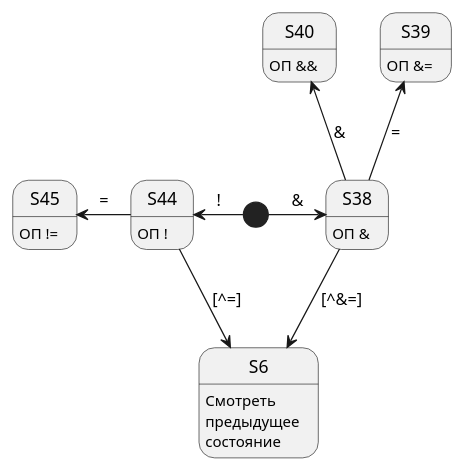
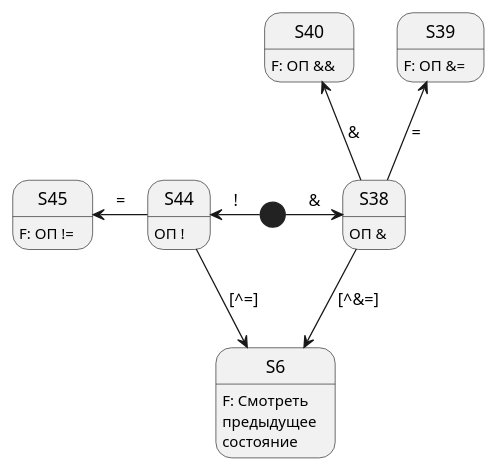
One commit to vladimirlll/CSharpLexicalAnalyzer changed the diagram in Диаграмма состояния для ЛА/sd5.puml. Above: the diagram before and after it, drawn with PlantUML. The commit also changed 16 other files, not shown here.

```diff
--- a/Диаграмма состояния для ЛА/sd5.puml
+++ b/Диаграмма состояния для ЛА/sd5.puml
@@ -1,19 +1,19 @@
 @startuml "sd5"
 
 [*] -right-> S38 : &
 S38 -up-> S39 : =
 S38 -up-> S40 : &
-S39 : ОП &=
+S39 : F: ОП &=
 S38 : ОП &
-S40 : ОП &&
+S40 : F: ОП &&
 S38 -down-> S6 : [^&=]
 
 [*] -left-> S44 : !
 S44 -left-> S45 : =
-S45 : ОП !=
+S45 : F: ОП !=
 S44 : ОП !
 S44 -down-> S6 : [^=]
 
-S6 : Смотреть\nпредыдущее\nсостояние
+S6 : F: Смотреть\nпредыдущее\nсостояние
 
 @enduml
```
